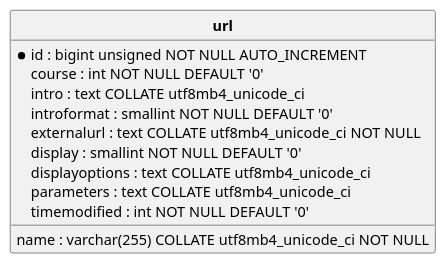
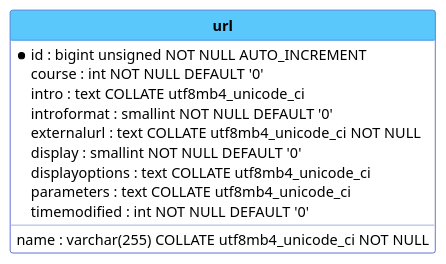
The diagram in desiagn/ahmed/EntityRelationshipDiagram/daris_url.puml (AhmedAnwar-Gazy/darisLMS), drawn with PlantUML before and after one commit. The commit also changed 159 other files, not shown here.

```diff
--- a/desiagn/ahmed/EntityRelationshipDiagram/daris_url.puml
+++ b/desiagn/ahmed/EntityRelationshipDiagram/daris_url.puml
@@ -1,18 +1,35 @@
 @startuml
 hide circle
 skinparam linetype ortho
+
+' Color Customization
+skinparam {
+    BackgroundColor white
+    ArrowColor #4C5FD5
+    
+    ' Entity / Class Diagram specific
+    ClassBackgroundColor white
+    ClassBorderColor #4C5FD5
+    ClassHeaderBackgroundColor #5AC8FA
+    
+    ' Entity styling (PlantUML treats entities similar to classes often, but explicit keywords align with class styling)
+    ' If explicit entity styling is needed:
+    EntityBackgroundColor white
+    EntityBorderColor #4C5FD5
+}
+
 
 entity "**url**" as url {
   *id : bigint unsigned NOT NULL AUTO_INCREMENT 
   course : int NOT NULL DEFAULT '0' 
   name : varchar(255) COLLATE utf8mb4_unicode_ci NOT NULL 
   intro : text COLLATE utf8mb4_unicode_ci 
   introformat : smallint NOT NULL DEFAULT '0' 
   externalurl : text COLLATE utf8mb4_unicode_ci NOT NULL 
   display : smallint NOT NULL DEFAULT '0' 
   displayoptions : text COLLATE utf8mb4_unicode_ci 
   parameters : text COLLATE utf8mb4_unicode_ci 
   timemodified : int NOT NULL DEFAULT '0' 
 }
 
 @enduml
```
